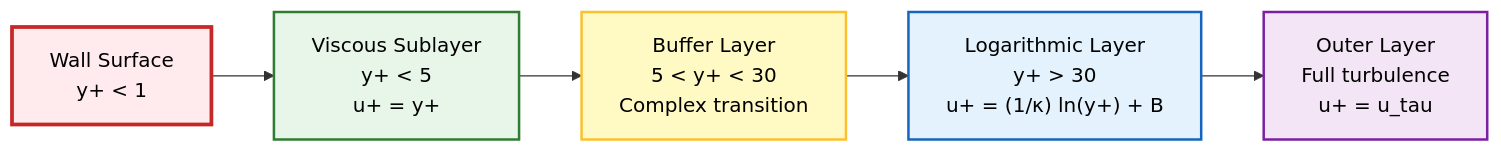
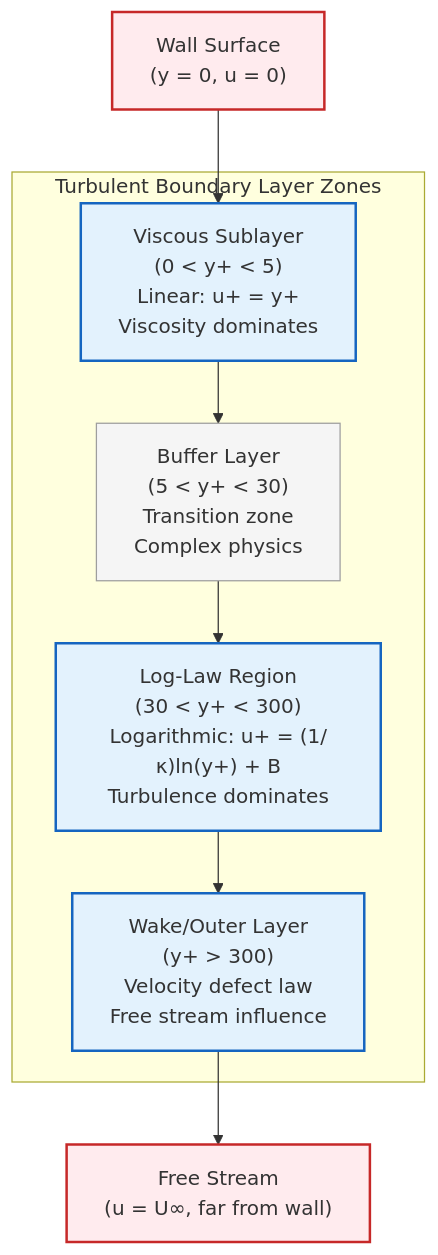
Before and after one commit to wramet/build-my-cfd: the fourth of 7 diagrams in MODULE_01_CFD_FUNDAMENTALS/CONTENT/03_BOUNDARY_CONDITIONS/06_Advanced_Boundary_Conditions.md, drawn with Mermaid. The commit also changed other lines of this file and 313 other files, not shown here.

Commit message:
Revise all diagram

````diff
--- a/MODULE_01_CFD_FUNDAMENTALS/CONTENT/03_BOUNDARY_CONDITIONS/06_Advanced_Boundary_Conditions.md
+++ b/MODULE_01_CFD_FUNDAMENTALS/CONTENT/03_BOUNDARY_CONDITIONS/06_Advanced_Boundary_Conditions.md
@@ -297,21 +292,21 @@
 ```mermaid
-graph LR
-    Wall["Wall Surface<br/>y+ < 1"]
-    Viscous["Viscous Sublayer<br/>y+ < 5<br/>u+ = y+"]
-    Buffer["Buffer Layer<br/>5 < y+ < 30<br/>Complex transition"]
-    Log["Logarithmic Layer<br/>y+ > 30<br/>u+ = (1/κ) ln(y+) + B"]
-    Outer["Outer Layer<br/>Full turbulence<br/>u+ = u_tau"]
+graph TD
+%% Turbulent Boundary Layer Structure for Wall Functions
+Wall["Wall Surface<br/>(y = 0, u = 0)"]:::explicit
 
-    Wall --> Viscous
-    Viscous --> Buffer
-    Buffer --> Log
-    Log --> Outer
+subgraph Layers ["Turbulent Boundary Layer Zones"]
+Visc["Viscous Sublayer<br/>(0 < y+ < 5)<br/>Linear: u+ = y+<br/>Viscosity dominates"]:::implicit
+Buff["Buffer Layer<br/>(5 < y+ < 30)<br/>Transition zone<br/>Complex physics"]:::context
+Log["Log-Law Region<br/>(30 < y+ < 300)<br/>Logarithmic: u+ = (1/κ)ln(y+) + B<br/>Turbulence dominates"]:::implicit
+Wake["Wake/Outer Layer<br/>(y+ > 300)<br/>Velocity defect law<br/>Free stream influence"]:::implicit
+end
 
-    style Wall fill:#ffebee,stroke:#c62828,stroke-width:3px
-    style Viscous fill:#e8f5e9,stroke:#2e7d32,stroke-width:2px
-    style Buffer fill:#fff9c4,stroke:#fbc02d,stroke-width:2px
-    style Log fill:#e3f2fd,stroke:#1565c0,stroke-width:2px
-    style Outer fill:#f3e5f5,stroke:#7b1fa2,stroke-width:2px
+Free["Free Stream<br/>(u = U∞, far from wall)"]:::explicit
 
-    classDef default fill:#f9f9f9,stroke:#333,stroke-width:1px,color:#000;
+Wall --> Visc --> Buff --> Log --> Wake --> Free
+
+%% Classes
+classDef implicit fill:#e3f2fd,stroke:#1565c0,stroke-width:2px;
+classDef explicit fill:#ffebee,stroke:#c62828,stroke-width:2px;
+classDef context fill:#f5f5f5,stroke:#9e9e9e,stroke-width:1px;
 ```
````
